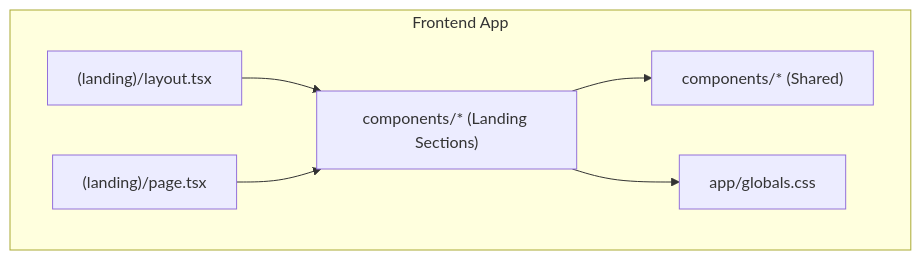
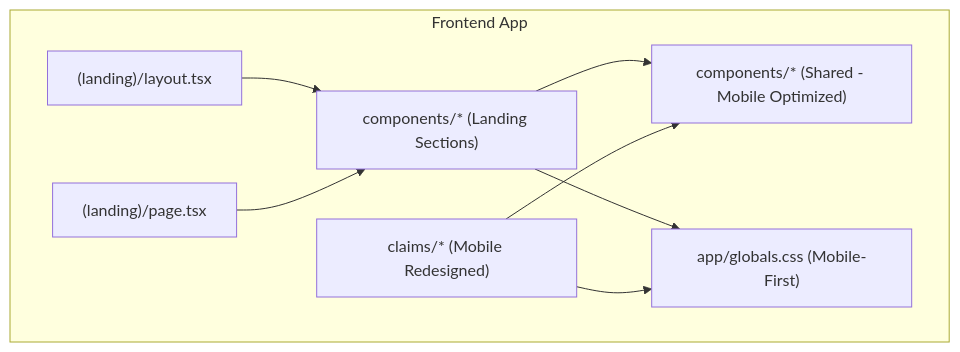
Before and after one commit to hieudepoet/Insurix: the first of 3 diagrams in .qoder/repowiki/en/content/Frontend Application/UI Components Library.md, drawn with Mermaid. The commit also changed other lines of this file and 63 other files, not shown here.

````diff
--- a/.qoder/repowiki/en/content/Frontend Application/UI Components Library.md
+++ b/.qoder/repowiki/en/content/Frontend Application/UI Components Library.md
@@ -48,14 +61,17 @@
 ```mermaid
 graph TB
 subgraph "Frontend App"
 A["(landing)/layout.tsx"]
 B["(landing)/page.tsx"]
 C["components/* (Landing Sections)"]
-D["components/* (Shared)"]
-E["app/globals.css"]
+D["components/* (Shared - Mobile Optimized)"]
+E["app/globals.css (Mobile-First)"]
+F["claims/* (Mobile Redesigned)"]
 end
 A --> C
 B --> C
 C --> D
 C --> E
+F --> D
+F --> E
 ```
````
